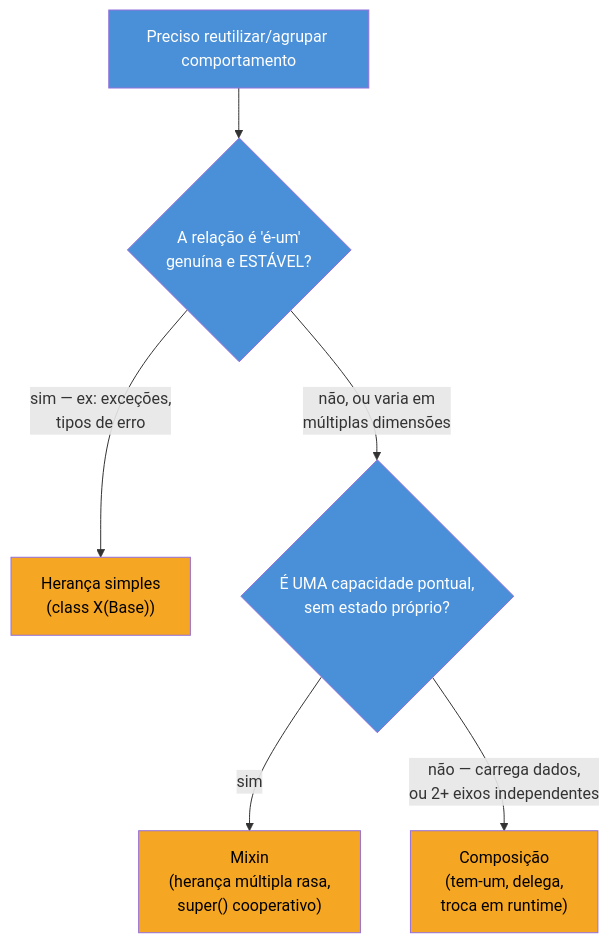
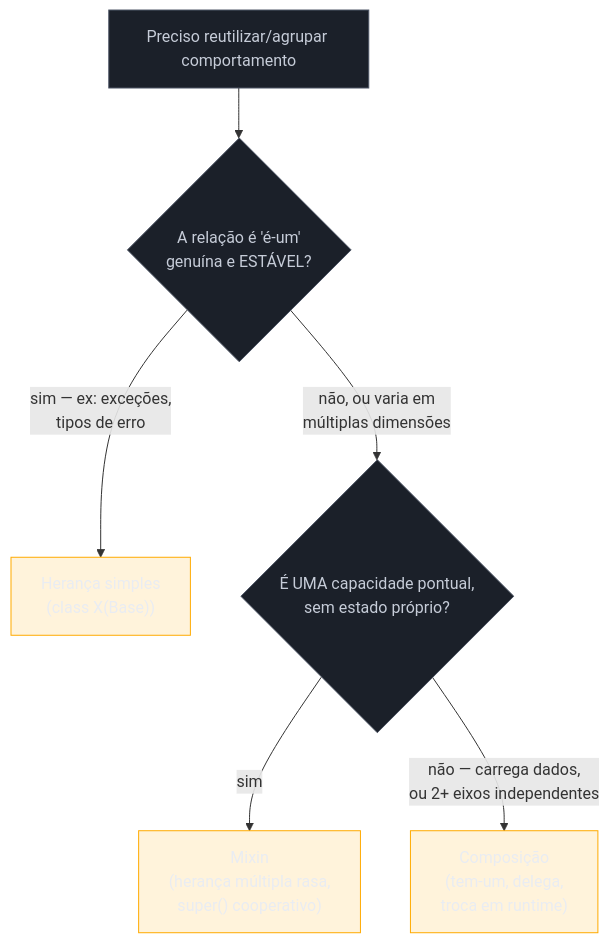
One commit to josenaldo/codex-technomanticus changed the second of 2 diagrams in 03-Dominios/Tecnologia/Python/OO e Data Model/09 - Composição vs herança.md. Above: the diagram before and after it, drawn with Mermaid. The commit also changed other lines of this file and 1181 other files, not shown here.

First line of the commit message:
fix(diagramas): paleta do sistema no lugar de cor cravada no markdown

````diff
--- a/03-Dominios/Tecnologia/Python/OO e Data Model/09 - Composição vs herança.md
+++ b/03-Dominios/Tecnologia/Python/OO e Data Model/09 - Composição vs herança.md
@@ -275,15 +278,17 @@
 ```mermaid
 flowchart TD
+    classDef neutro fill:#1B2029,stroke:#4E5666,color:#C6CCD8
+    classDef destaque fill:#FFAA0024,stroke:#FFAA00,color:#E9ECF2
     Q0["Preciso reutilizar/agrupar comportamento"] --> Q1{"A relação é 'é-um'<br/>genuína e ESTÁVEL?"}
     Q1 -->|"sim — ex: exceções,<br/>tipos de erro"| HER["Herança simples<br/>(class X(Base))"]
     Q1 -->|"não, ou varia em<br/>múltiplas dimensões"| Q2{"É UMA capacidade pontual,<br/>sem estado próprio?"}
     Q2 -->|"sim"| MIX["Mixin<br/>(herança múltipla rasa,<br/>super() cooperativo)"]
     Q2 -->|"não — carrega dados,<br/>ou 2+ eixos independentes"| COMP["Composição<br/>(tem-um, delega,<br/>troca em runtime)"]
 
-    style Q0 fill:#4A90D9,color:#fff
-    style Q1 fill:#4A90D9,color:#fff
-    style Q2 fill:#4A90D9,color:#fff
-    style HER fill:#F5A623,color:#000
-    style MIX fill:#F5A623,color:#000
-    style COMP fill:#F5A623,color:#000
+    class Q0 neutro
+    class Q1 neutro
+    class Q2 neutro
+    class HER destaque
+    class MIX destaque
+    class COMP destaque
 ```
````
